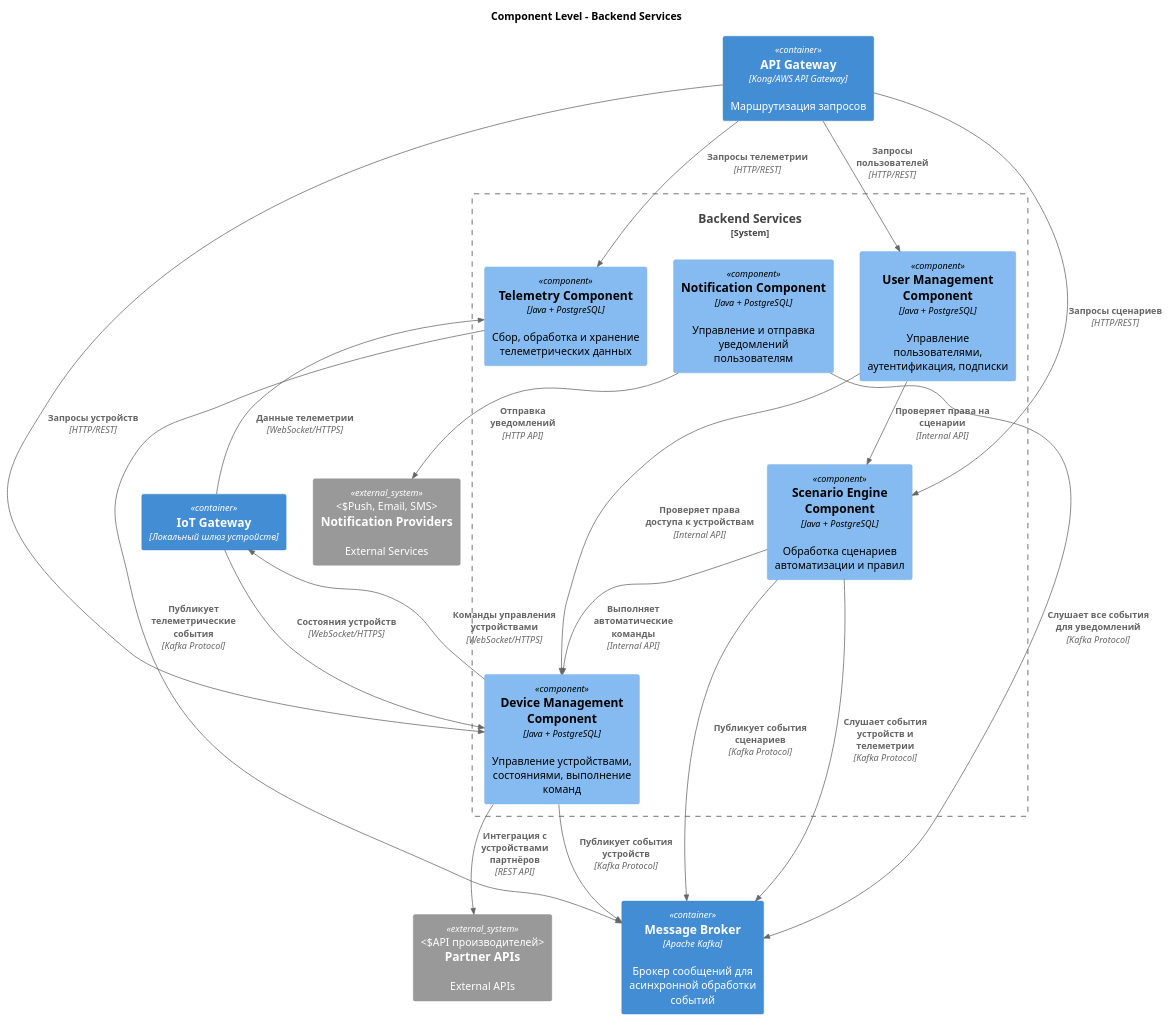
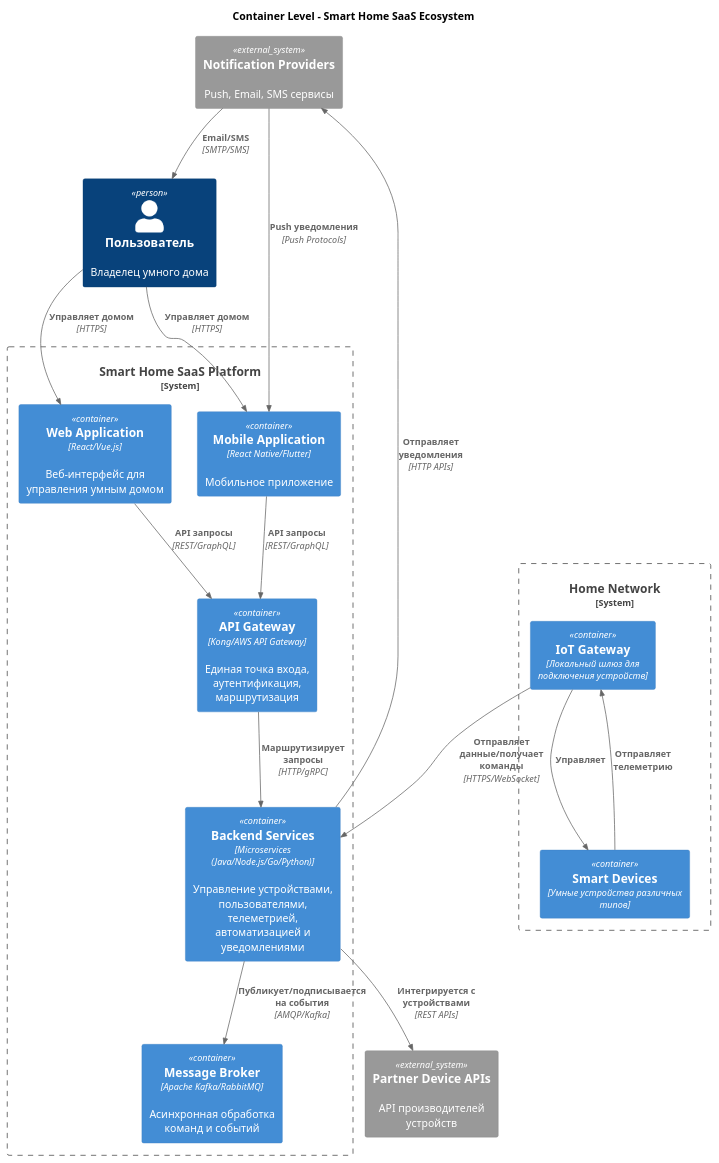
Before and after one commit to sergletterbox/architecture-warmhouse: the diagram in diagrams/Container.puml, drawn with PlantUML. The commit also changed 2 other files, not shown here.

```diff
--- a/diagrams/Container.puml
+++ b/diagrams/Container.puml
@@ -1,52 +1,54 @@
 @startuml
-!include https://raw.githubusercontent.com/plantuml-stdlib/C4-PlantUML/master/C4_Component.puml
+!include https://raw.githubusercontent.com/plantuml-stdlib/C4-PlantUML/master/C4_Container.puml
 
-title Component Level - Backend Services
+title Container Level - Smart Home SaaS Ecosystem
 
-Container(api_gateway, "API Gateway", "Kong/AWS API Gateway", "Маршрутизация запросов")
-Container(iot_gateway, "IoT Gateway", "Локальный шлюз устройств")
-Container(message_broker, "Message Broker", "Apache Kafka", "Брокер сообщений для асинхронной обработки событий")
-System_Ext(partner_systems, "Partner APIs", "External APIs", "API производителей")
-System_Ext(notification_providers, "Notification Providers", "External Services", "Push, Email, SMS")
+Person(user, "Пользователь", "Владелец умного дома")
 
-System_Boundary(backend_services, "Backend Services") {
-    Component(device_management, "Device Management Component", "Java + PostgreSQL", "Управление устройствами, состояниями, выполнение команд")
+System_Boundary(saas_platform, "Smart Home SaaS Platform") {
+    Container(web_app, "Web Application", "React/Vue.js", "Веб-интерфейс для управления умным домом")
+    Container(mobile_app, "Mobile Application", "React Native/Flutter", "Мобильное приложение")
 
-    Component(user_management, "User Management Component", "Java + PostgreSQL", "Управление пользователями, аутентификация, подписки")
+    Container(api_gateway, "API Gateway", "Kong/AWS API Gateway", "Единая точка входа, аутентификация, маршрутизация")
 
-    Component(scenario_engine, "Scenario Engine Component", "Java + PostgreSQL", "Обработка сценариев автоматизации и правил")
+    Container(backend_services, "Backend Services", "Microservices (Java/Node.js/Go/Python)", "Управление устройствами, пользователями, телеметрией, автоматизацией и уведомлениями")
 
-    Component(notification_component, "Notification Component", "Java + PostgreSQL", "Управление и отправка уведомлений пользователям")
-
-    Component(telemetry_component, "Telemetry Component", "Java + PostgreSQL", "Сбор, обработка и хранение телеметрических данных")
+    Container(message_broker, "Message Broker", "Apache Kafka/RabbitMQ", "Асинхронная обработка команд и событий")
 }
 
-' External connections
-Rel(api_gateway, user_management, "Запросы пользователей", "HTTP/REST")
-Rel(api_gateway, device_management, "Запросы устройств", "HTTP/REST")
-Rel(api_gateway, telemetry_component, "Запросы телеметрии", "HTTP/REST")
-Rel(api_gateway, scenario_engine, "Запросы сценариев", "HTTP/REST")
+System_Boundary(home_network, "Home Network") {
+    Container(iot_gateway, "IoT Gateway", "Локальный шлюз для подключения устройств")
+    Container(smart_devices, "Smart Devices", "Умные устройства различных типов")
+}
 
-Rel(iot_gateway, device_management, "Состояния устройств", "WebSocket/HTTPS")
-Rel(iot_gateway, telemetry_component, "Данные телеметрии", "WebSocket/HTTPS")
+System_Ext(notification_providers, "Notification Providers", "Push, Email, SMS сервисы")
+System_Ext(partner_systems, "Partner Device APIs", "API производителей устройств")
 
-Rel(device_management, iot_gateway, "Команды управления устройствами", "WebSocket/HTTPS")
+' User interactions
+Rel(user, web_app, "Управляет домом", "HTTPS")
+Rel(user, mobile_app, "Управляет домом", "HTTPS")
 
-' Message Broker interactions
-Rel(device_management, message_broker, "Публикует события устройств", "Kafka Protocol")
-Rel(telemetry_component, message_broker, "Публикует телеметрические события", "Kafka Protocol")
-Rel(scenario_engine, message_broker, "Публикует события сценариев", "Kafka Protocol")
+' Frontend to backend
+Rel(web_app, api_gateway, "API запросы", "REST/GraphQL")
+Rel(mobile_app, api_gateway, "API запросы", "REST/GraphQL")
 
-Rel(scenario_engine, message_broker, "Слушает события устройств и телеметрии", "Kafka Protocol")
-Rel(notification_component, message_broker, "Слушает все события для уведомлений", "Kafka Protocol")
+' API Gateway to services
+Rel(api_gateway, backend_services, "Маршрутизирует запросы", "HTTP/gRPC")
 
-' Inter-component interactions
-Rel(scenario_engine, device_management, "Выполняет автоматические команды", "Internal API")
-Rel(user_management, device_management, "Проверяет права доступа к устройствам", "Internal API")
-Rel(user_management, scenario_engine, "Проверяет права на сценарии", "Internal API")
+' Services interactions via message broker
+Rel(backend_services, message_broker, "Публикует/подписывается на события", "AMQP/Kafka")
+
+' IoT interactions
+Rel(iot_gateway, smart_devices, "Управляет")
+Rel(iot_gateway, backend_services, "Отправляет данные/получает команды", "HTTPS/WebSocket")
+Rel(smart_devices, iot_gateway, "Отправляет телеметрию")
 
 ' External integrations
-Rel(device_management, partner_systems, "Интеграция с устройствами партнёров", "REST API")
-Rel(notification_component, notification_providers, "Отправка уведомлений", "HTTP API")
+Rel(backend_services, partner_systems, "Интегрируется с устройствами", "REST APIs")
+Rel(backend_services, notification_providers, "Отправляет уведомления", "HTTP APIs")
+
+' Notifications to users
+Rel(notification_providers, mobile_app, "Push уведомления", "Push Protocols")
+Rel(notification_providers, user, "Email/SMS", "SMTP/SMS")
 
 @enduml
```
